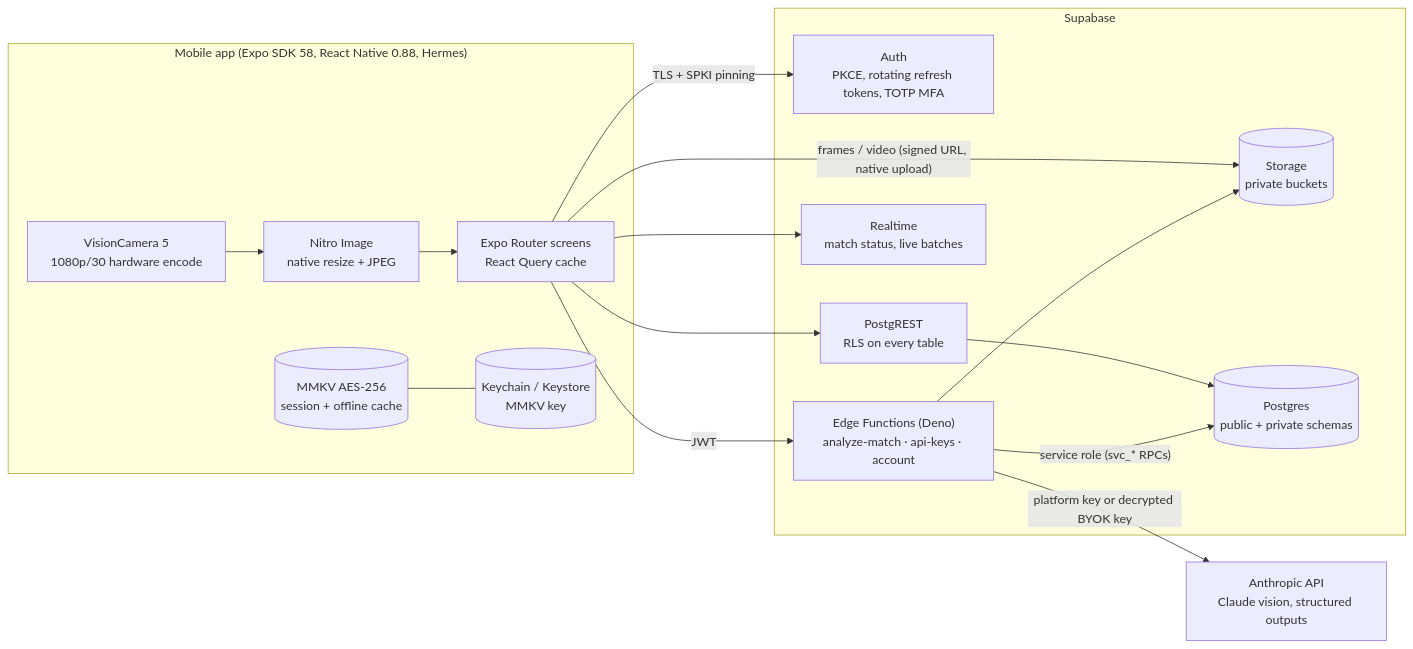
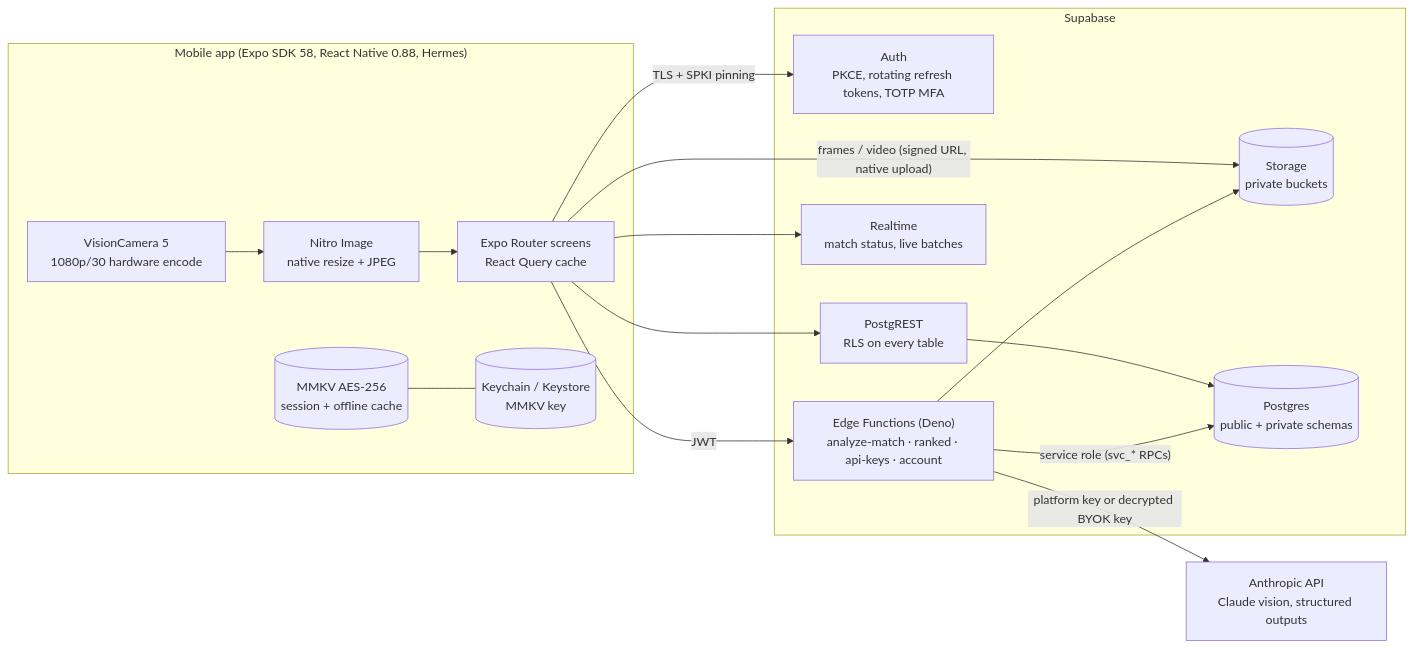
The first of 6 diagrams in docs/ARCHITECTURE.md (JawharSas/MatiQ), drawn with Mermaid before and after one commit. The commit also changed other lines of this file and 41 other files, not shown here.

````diff
--- a/docs/ARCHITECTURE.md
+++ b/docs/ARCHITECTURE.md
@@ -5,32 +5,32 @@
 ```mermaid
 flowchart LR
   subgraph Device["Mobile app (Expo SDK 58, React Native 0.88, Hermes)"]
     UI["Expo Router screens<br/>React Query cache"]
     CAM["VisionCamera 5<br/>1080p/30 hardware encode"]
     IMG["Nitro Image<br/>native resize + JPEG"]
     MMKV[("MMKV AES-256<br/>session + offline cache")]
     KS[("Keychain / Keystore<br/>MMKV key")]
   end
 
   subgraph Supabase
     AUTH["Auth<br/>PKCE, rotating refresh tokens, TOTP MFA"]
     API["PostgREST<br/>RLS on every table"]
     RT["Realtime<br/>match status, live batches"]
     ST[("Storage<br/>private buckets")]
-    EF["Edge Functions (Deno)<br/>analyze-match · api-keys · account"]
+    EF["Edge Functions (Deno)<br/>analyze-match · ranked · api-keys · account"]
     DB[("Postgres<br/>public + private schemas")]
   end
 
   AI["Anthropic API<br/>Claude vision, structured outputs"]
 
   UI -- "TLS + SPKI pinning" --> AUTH
   UI --> API --> DB
   UI --> RT
   CAM --> IMG --> UI
   UI -- "frames / video (signed URL, native upload)" --> ST
   UI -- "JWT" --> EF
   EF -- "service role (svc_* RPCs)" --> DB
   EF --> ST
   EF -- "platform key or decrypted BYOK key" --> AI
   MMKV --- KS
 ```
````
